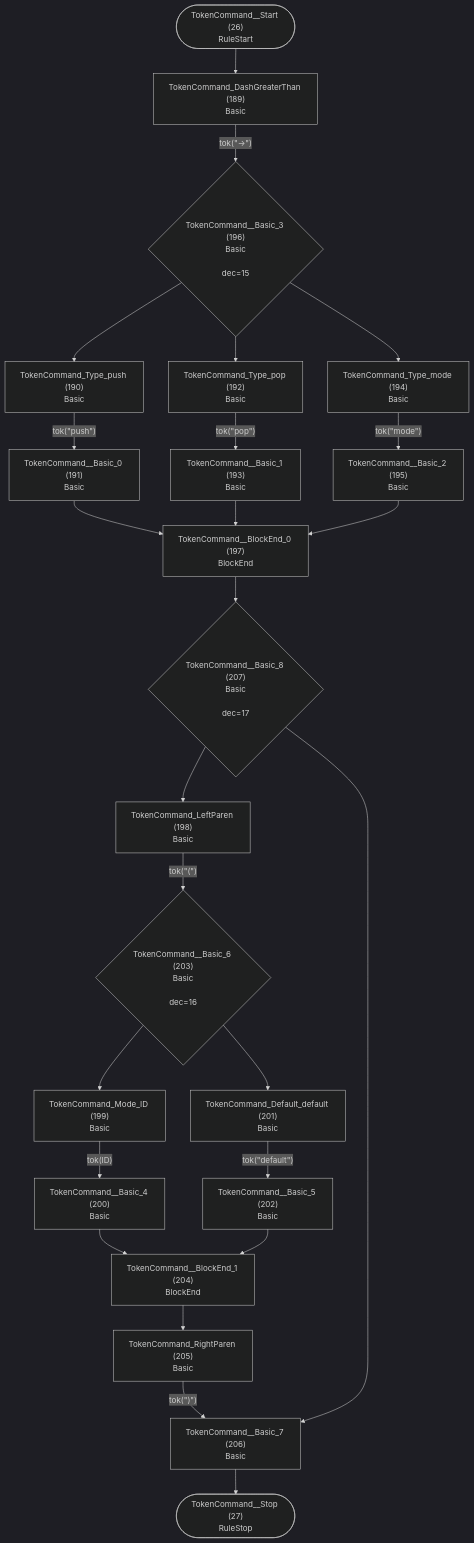
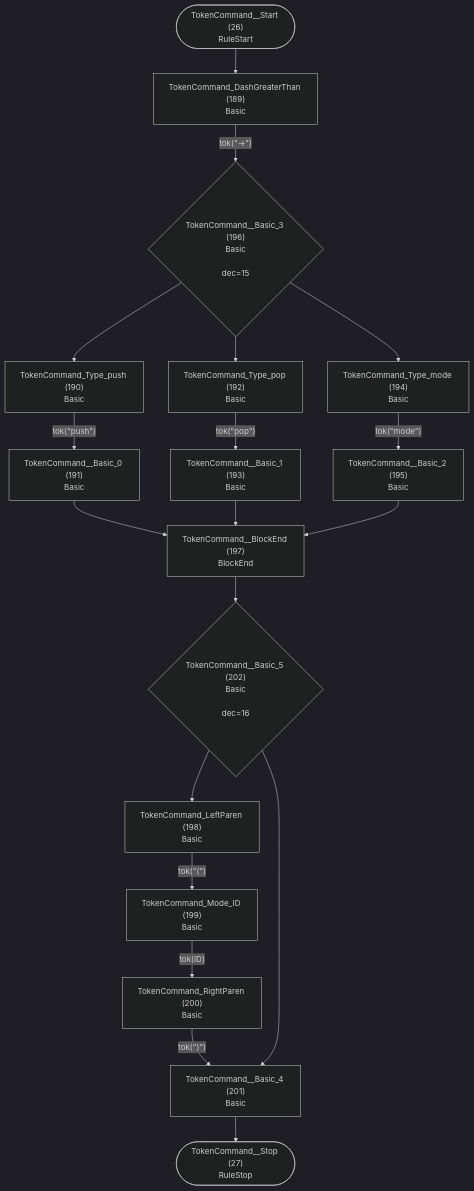
Before and after one commit to TypeFox/fastbelt: diagram 14 of 40 in internal/grammar/atn.md, drawn with Mermaid (dark theme). The commit also changed other lines of this file and 145 other files, not shown here.

````diff
--- a/internal/grammar/atn.md
+++ b/internal/grammar/atn.md
@@ -376,49 +376,38 @@
 ```mermaid
 flowchart TD
     q26(["TokenCommand__Start (26)<br/>RuleStart"])
     q27(["TokenCommand__Stop (27)<br/>RuleStop"])
     q189["TokenCommand_DashGreaterThan (189)<br/>Basic<br/>"]
     q190["TokenCommand_Type_push (190)<br/>Basic<br/>"]
     q191["TokenCommand__Basic_0 (191)<br/>Basic<br/>"]
     q192["TokenCommand_Type_pop (192)<br/>Basic<br/>"]
     q193["TokenCommand__Basic_1 (193)<br/>Basic<br/>"]
     q194["TokenCommand_Type_mode (194)<br/>Basic<br/>"]
     q195["TokenCommand__Basic_2 (195)<br/>Basic<br/>"]
     q196{"TokenCommand__Basic_3 (196)<br/>Basic<br/><br/>dec=15"}
-    q197["TokenCommand__BlockEnd_0 (197)<br/>BlockEnd<br/>"]
+    q197["TokenCommand__BlockEnd (197)<br/>BlockEnd<br/>"]
     q198["TokenCommand_LeftParen (198)<br/>Basic<br/>"]
     q199["TokenCommand_Mode_ID (199)<br/>Basic<br/>"]
-    q200["TokenCommand__Basic_4 (200)<br/>Basic<br/>"]
-    q201["TokenCommand_Default_default (201)<br/>Basic<br/>"]
-    q202["TokenCommand__Basic_5 (202)<br/>Basic<br/>"]
-    q203{"TokenCommand__Basic_6 (203)<br/>Basic<br/><br/>dec=16"}
-    q204["TokenCommand__BlockEnd_1 (204)<br/>BlockEnd<br/>"]
-    q205["TokenCommand_RightParen (205)<br/>Basic<br/>"]
-    q206["TokenCommand__Basic_7 (206)<br/>Basic<br/>"]
-    q207{"TokenCommand__Basic_8 (207)<br/>Basic<br/><br/>dec=17"}
+    q200["TokenCommand_RightParen (200)<br/>Basic<br/>"]
+    q201["TokenCommand__Basic_4 (201)<br/>Basic<br/>"]
+    q202{"TokenCommand__Basic_5 (202)<br/>Basic<br/><br/>dec=16"}
 
     q26 --> q189
     q189 -->|"tok(&quot;->&quot;)"| q196
     q190 -->|"tok(&quot;push&quot;)"| q191
     q191 --> q197
     q192 -->|"tok(&quot;pop&quot;)"| q193
     q193 --> q197
     q194 -->|"tok(&quot;mode&quot;)"| q195
     q195 --> q197
     q196 --> q190
     q196 --> q192
     q196 --> q194
-    q197 --> q207
-    q198 -->|"tok(&quot;(&quot;)"| q203
+    q197 --> q202
+    q198 -->|"tok(&quot;(&quot;)"| q199
     q199 -->|"tok(ID)"| q200
-    q200 --> q204
-    q201 -->|"tok(&quot;default&quot;)"| q202
-    q202 --> q204
-    q203 --> q199
-    q203 --> q201
-    q204 --> q205
-    q205 -->|"tok(&quot;)&quot;)"| q206
-    q206 --> q27
-    q207 --> q198
-    q207 --> q206
+    q200 -->|"tok(&quot;)&quot;)"| q201
+    q201 --> q27
+    q202 --> q198
+    q202 --> q201
 ```
````
